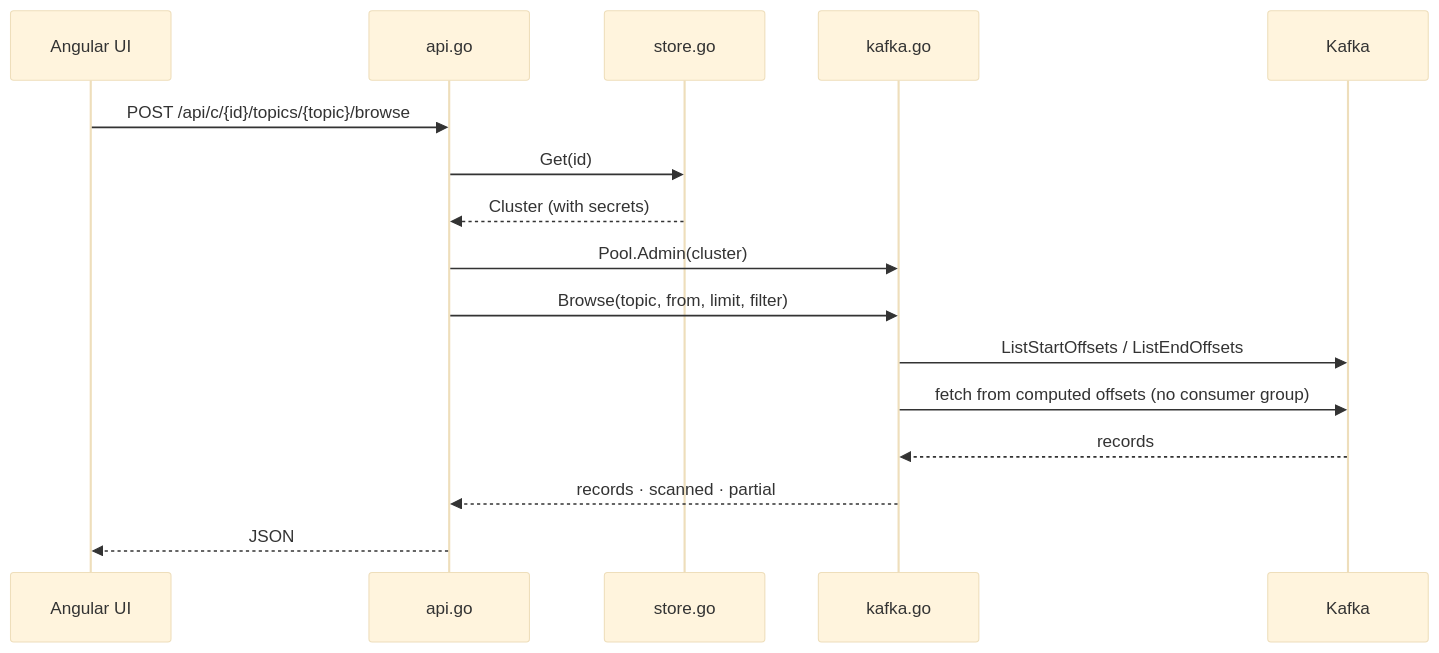
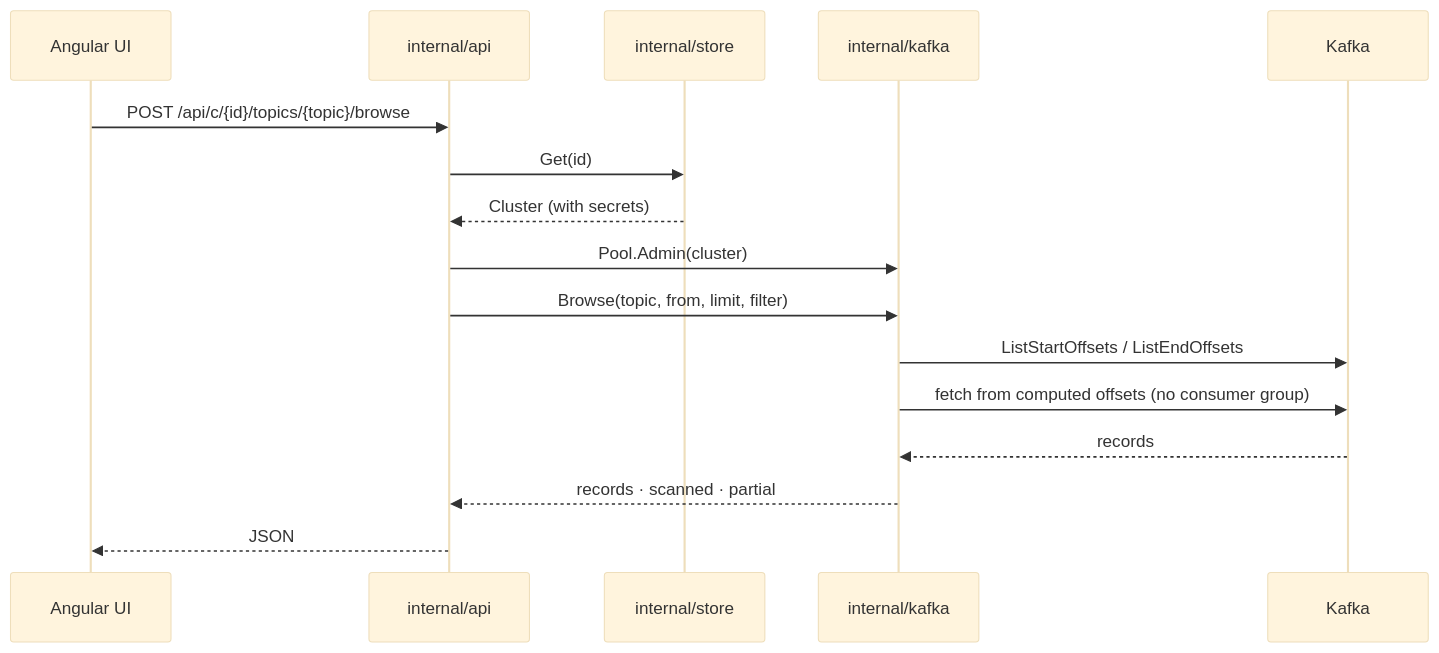
Before and after one commit to fededomm/kafkalens: the second of 3 diagrams in docs/ARCHITECTURE.md, drawn with Mermaid (base theme). The commit also changed other lines of this file and 31 other files, not shown here.

````diff
--- a/docs/ARCHITECTURE.md
+++ b/docs/ARCHITECTURE.md
@@ -64,19 +66,19 @@
 ```mermaid
 sequenceDiagram
     participant UI as Angular UI
-    participant API as api.go
-    participant ST as store.go
-    participant K as kafka.go
+    participant API as internal/api
+    participant ST as internal/store
+    participant K as internal/kafka
     participant KC as Kafka
 
     UI->>API: POST /api/c/{id}/topics/{topic}/browse
     API->>ST: Get(id)
     ST-->>API: Cluster (with secrets)
     API->>K: Pool.Admin(cluster)
     API->>K: Browse(topic, from, limit, filter)
     K->>KC: ListStartOffsets / ListEndOffsets
     K->>KC: fetch from computed offsets (no consumer group)
     KC-->>K: records
     K-->>API: records · scanned · partial
     API-->>UI: JSON
 ```
````
